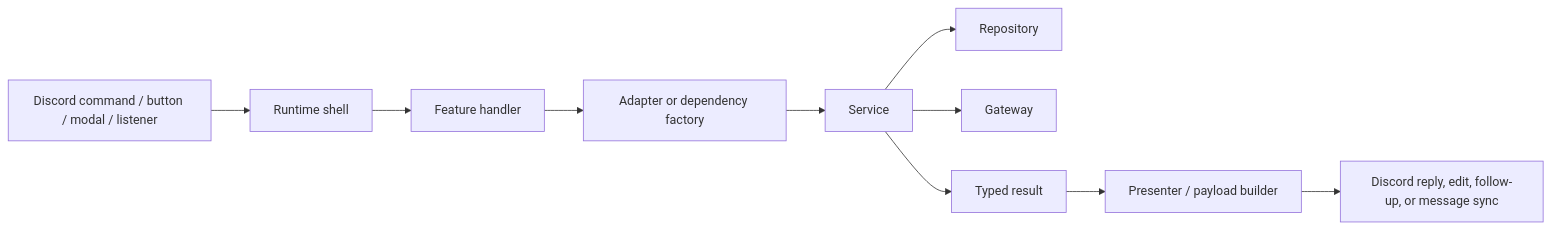
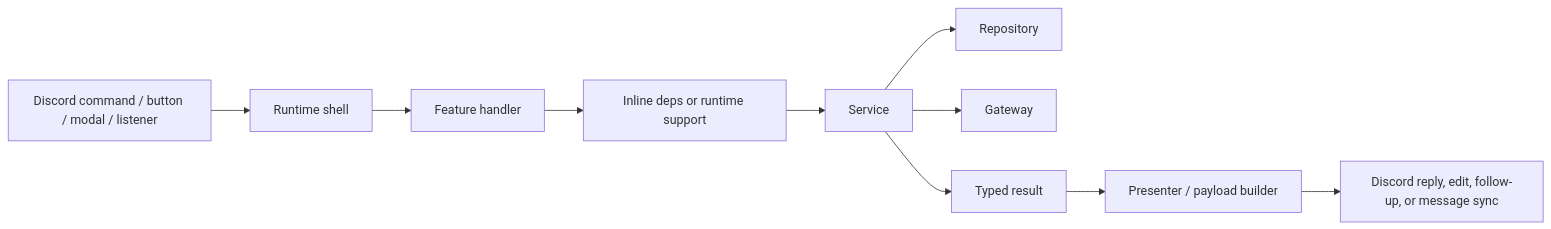
Before and after one commit to EvenLegion/Arbiter: the diagram in website/docs/architecture/codebase-terminology.md, drawn with Mermaid. The commit also changed other lines of this file and 41 other files, not shown here.

````diff
--- a/website/docs/architecture/codebase-terminology.md
+++ b/website/docs/architecture/codebase-terminology.md
@@ -36,12 +36,12 @@
 ```mermaid
 flowchart LR
     A["Discord command / button / modal / listener"] --> B["Runtime shell"]
     B --> C["Feature handler"]
-    C --> D["Adapter or dependency factory"]
+    C --> D["Inline deps or runtime support"]
     D --> E["Service"]
     E --> F["Repository"]
     E --> G["Gateway"]
     E --> H["Typed result"]
     H --> I["Presenter / payload builder"]
     I --> J["Discord reply, edit, follow-up, or message sync"]
 ```
````
